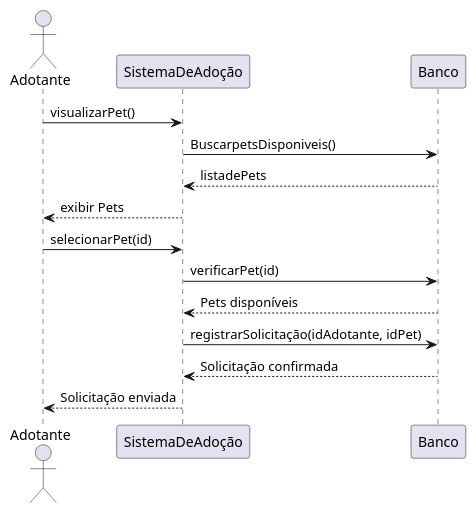
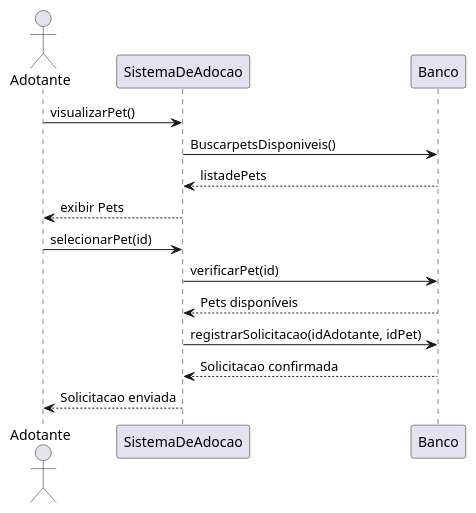
One commit to POO-EC-2026-2/grupo9 changed the diagram in DiagramaDeSequencia.md. Above: the diagram before and after it, drawn with PlantUML. The commit also changed other lines of this file, not shown here.

`````diff
--- a/DiagramaDeSequencia.md
+++ b/DiagramaDeSequencia.md
@@ -1,17 +5,19 @@
-@startuml  
+````plantuml
+@startuml 
 actor Adotante  
-participant SistemaDeAdoção  
+participant SistemaDeAdocao  
 participant Banco
 
-Adotante -> SistemaDeAdoção : visualizarPet()  
-SistemaDeAdoção -> Banco : BuscarpetsDisponiveis()  
-Banco --> SistemaDeAdoção : listadePets  
-SistemaDeAdoção --> Adotante : exibir Pets  
+Adotante -> SistemaDeAdocao : visualizarPet()  
+SistemaDeAdocao -> Banco : BuscarpetsDisponiveis()  
+Banco --> SistemaDeAdocao : listadePets  
+SistemaDeAdocao --> Adotante : exibir Pets  
 
-Adotante -> SistemaDeAdoção : selecionarPet(id)  
-SistemaDeAdoção -> Banco : verificarPet(id)  
-Banco --> SistemaDeAdoção : Pets disponíveis  
-SistemaDeAdoção -> Banco : registrarSolicitação(idAdotante, idPet)  
-Banco --> SistemaDeAdoção : Solicitação confirmada  
-SistemaDeAdoção --> Adotante : Solicitação enviada  
+Adotante -> SistemaDeAdocao : selecionarPet(id)  
+SistemaDeAdocao -> Banco : verificarPet(id)  
+Banco --> SistemaDeAdocao : Pets disponíveis  
+SistemaDeAdocao -> Banco : registrarSolicitacao(idAdotante, idPet)  
+Banco --> SistemaDeAdocao : Solicitacao confirmada  
+SistemaDeAdocao --> Adotante : Solicitacao enviada  
 @enduml
+````
`````
